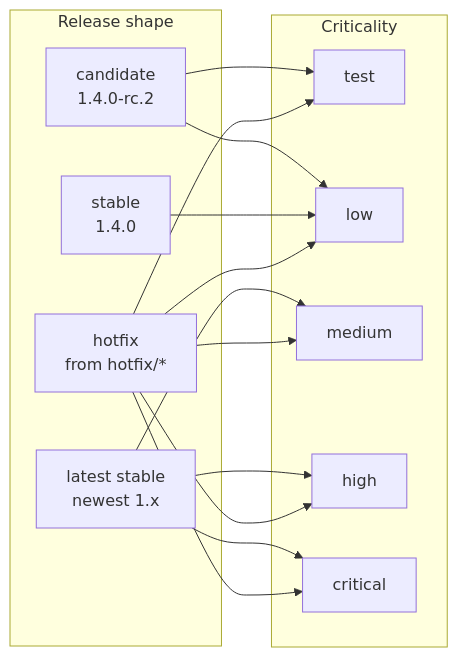
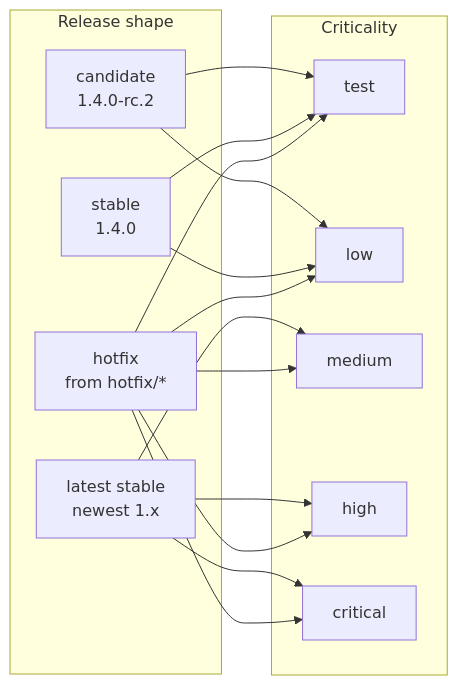
One commit to actionplatform/action-platform changed the second of 5 diagrams in docs/concept_scopes.md. Above: the diagram before and after it, drawn with Mermaid. The commit also changed other lines of this file, not shown here.

````diff
--- a/docs/concept_scopes.md
+++ b/docs/concept_scopes.md
@@ -63,23 +63,23 @@
 ```mermaid
 flowchart LR
     subgraph shapes[Release shape]
         C["candidate<br/>1.4.0-rc.2"]
         ST["stable<br/>1.4.0"]
         L["latest stable<br/>newest 1.x"]
         H["hotfix<br/>from hotfix/*"]
     end
     subgraph levels[Criticality]
         T["test"]
         LO["low"]
         M["medium"]
         HI["high"]
         CR["critical"]
     end
     C --> T
     C --> LO
-    ST --> LO
+    ST --> T & LO
     L --> M
     L --> HI
     L --> CR
     H --> T & LO & M & HI & CR
 ```
````
